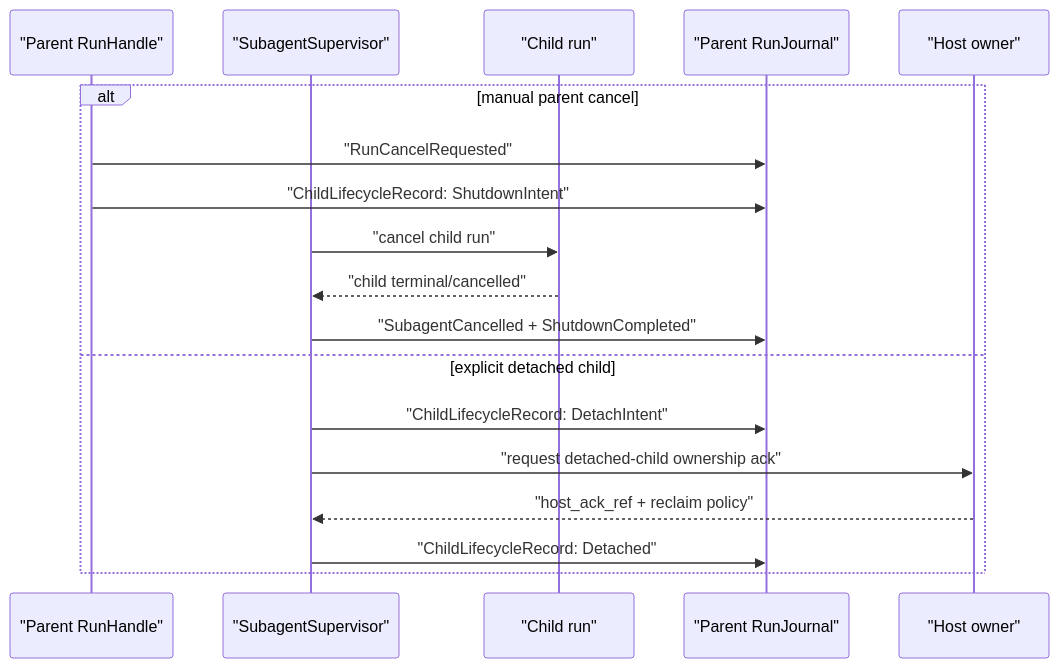
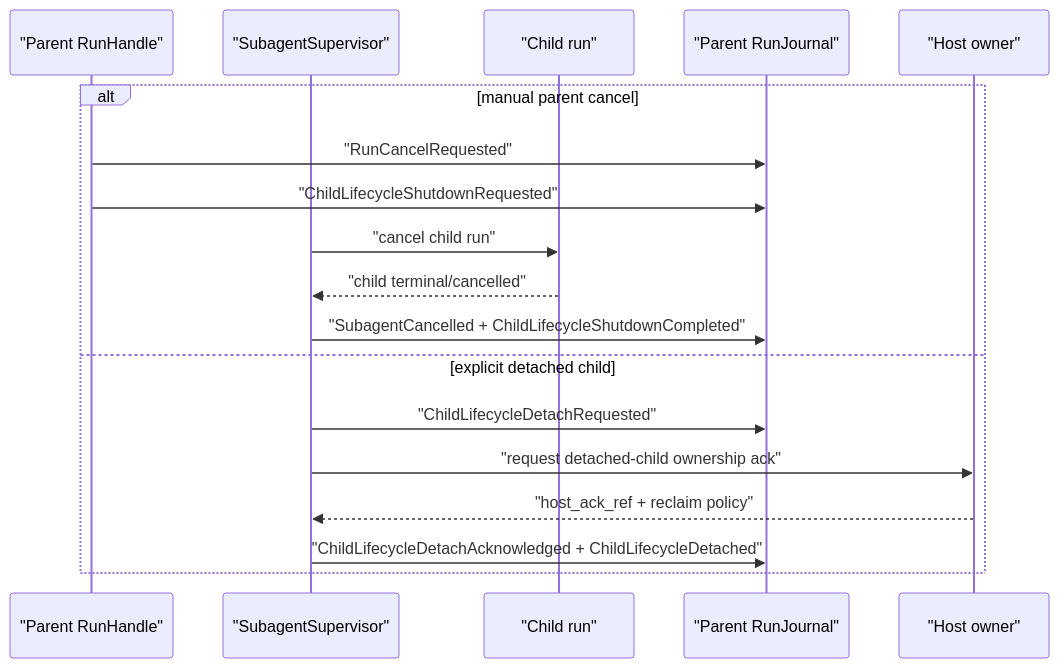
The third of 3 diagrams in docs/examples/subagent-supervision-workflow.md (heyclawdia/clawdia_sdk), drawn with Mermaid before and after one commit. The commit also changed other lines of this file and 14 other files, not shown here.

````diff
--- a/docs/examples/subagent-supervision-workflow.md
+++ b/docs/examples/subagent-supervision-workflow.md
@@ -50,21 +50,21 @@
 ```mermaid
 sequenceDiagram
   participant Parent as "Parent RunHandle"
   participant Sup as "SubagentSupervisor"
   participant Child as "Child run"
   participant Journal as "Parent RunJournal"
   participant Host as "Host owner"
 
   alt manual parent cancel
     Parent->>Journal: "RunCancelRequested"
-    Parent->>Journal: "ChildLifecycleRecord: ShutdownIntent"
+    Parent->>Journal: "ChildLifecycleShutdownRequested"
     Sup->>Child: "cancel child run"
     Child-->>Sup: "child terminal/cancelled"
-    Sup->>Journal: "SubagentCancelled + ShutdownCompleted"
+    Sup->>Journal: "SubagentCancelled + ChildLifecycleShutdownCompleted"
   else explicit detached child
-    Sup->>Journal: "ChildLifecycleRecord: DetachIntent"
+    Sup->>Journal: "ChildLifecycleDetachRequested"
     Sup->>Host: "request detached-child ownership ack"
     Host-->>Sup: "host_ack_ref + reclaim policy"
-    Sup->>Journal: "ChildLifecycleRecord: Detached"
+    Sup->>Journal: "ChildLifecycleDetachAcknowledged + ChildLifecycleDetached"
   end
 ```
````
